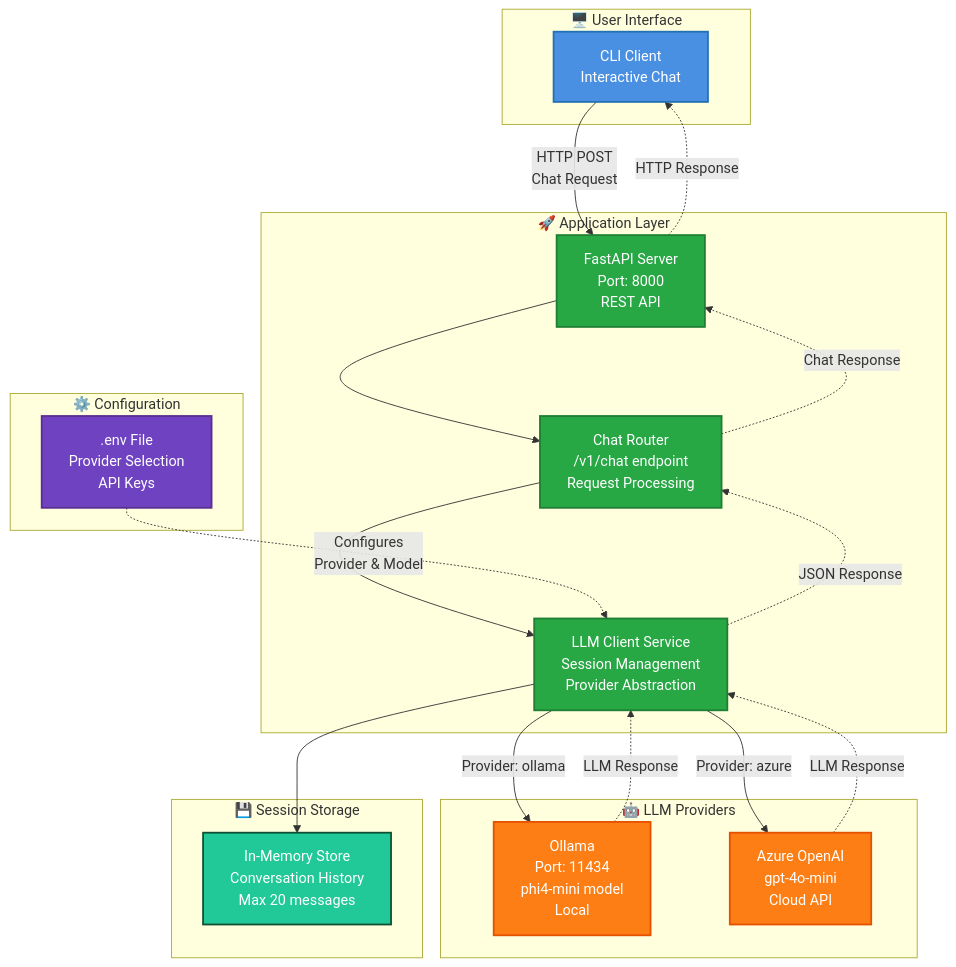
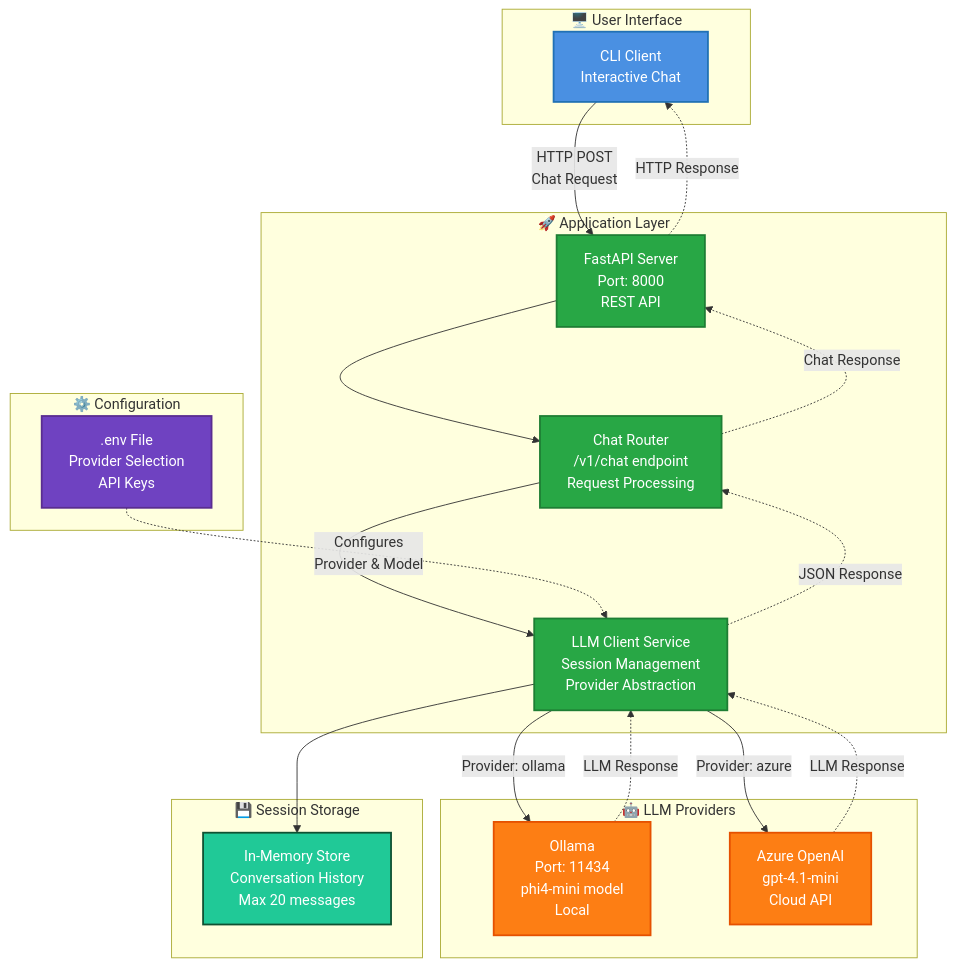
One commit to llm-oss-labs/aideveu25-llm-obs changed the diagram in labs/LAB_01_BASELINE.md. Above: the diagram before and after it, drawn with Mermaid. The commit also changed 6 other files, not shown here.

````diff
--- a/labs/LAB_01_BASELINE.md
+++ b/labs/LAB_01_BASELINE.md
@@ -8,58 +8,58 @@
 ```mermaid
 flowchart TB
     subgraph UI["🖥️ User Interface"]
         CLI["CLI Client<br/>Interactive Chat<br/>"]
     end
 
     subgraph APP["🚀 Application Layer"]
         API["FastAPI Server<br/>Port: 8000<br/>REST API"]
         ROUTER["Chat Router<br/>/v1/chat endpoint<br/>Request Processing"]
         CLIENT["LLM Client Service<br/>Session Management<br/>Provider Abstraction"]
     end
 
     subgraph PROVIDERS["🤖 LLM Providers"]
         OLLAMA["Ollama<br/>Port: 11434<br/>phi4-mini model<br/>Local"]
-        AZURE["Azure OpenAI<br/>gpt-4o-mini<br/>Cloud API"]
+        AZURE["Azure OpenAI<br/>gpt-4.1-mini<br/>Cloud API"]
     end
 
     subgraph CONFIG["⚙️ Configuration"]
         ENV[".env File<br/>Provider Selection<br/>API Keys"]
     end
 
     subgraph STORAGE["💾 Session Storage"]
         MEMORY["In-Memory Store<br/>Conversation History<br/>Max 20 messages"]
     end
 
     %% Request Flow
     CLI -->|HTTP POST<br/>Chat Request| API
     API --> ROUTER
     ROUTER --> CLIENT
     CLIENT --> MEMORY
     
     %% Provider Selection
     CLIENT -->|Provider: ollama| OLLAMA
     CLIENT -->|Provider: azure| AZURE
     
     %% Configuration
     ENV -.->|Configures<br/>Provider & Model| CLIENT
     
     %% Response Flow (dashed)
     OLLAMA -.->|LLM Response| CLIENT
     AZURE -.->|LLM Response| CLIENT
     CLIENT -.->|JSON Response| ROUTER
     ROUTER -.->|Chat Response| API
     API -.->|HTTP Response| CLI
 
     %% Enhanced Styling
     classDef userInterface fill:#4A90E2,stroke:#2171b5,stroke-width:2px,color:#fff
     classDef application fill:#28a745,stroke:#1e7e34,stroke-width:2px,color:#fff
     classDef providers fill:#fd7e14,stroke:#e55100,stroke-width:2px,color:#fff
     classDef config fill:#6f42c1,stroke:#5a2d91,stroke-width:2px,color:#fff
     classDef storage fill:#20c997,stroke:#0f5132,stroke-width:2px,color:#fff
 
     class CLI userInterface
     class API,ROUTER,CLIENT application
     class OLLAMA,AZURE providers
     class ENV config
     class MEMORY storage
 ```
````
